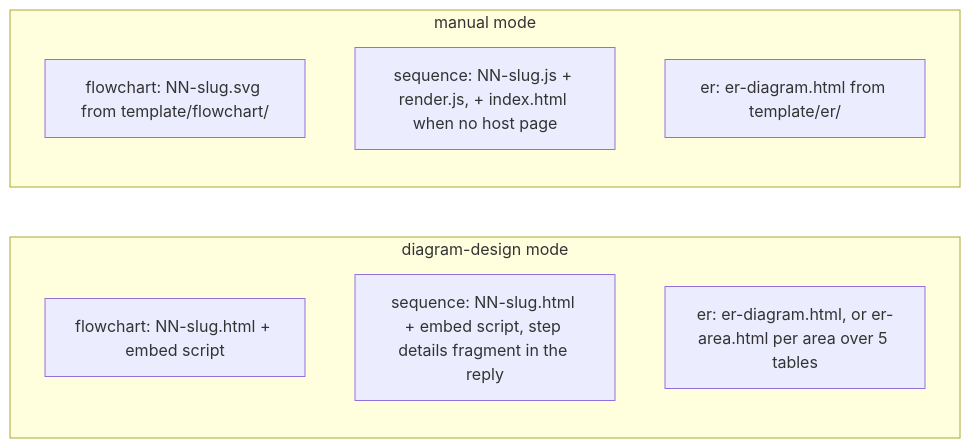
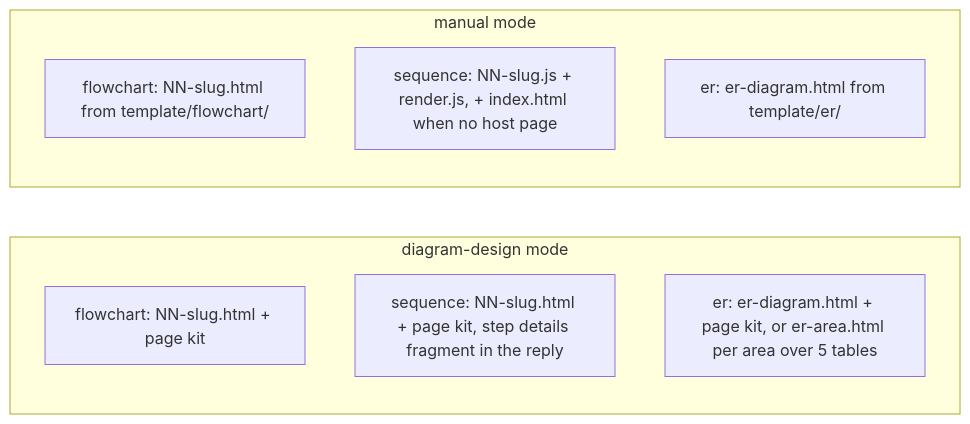
One commit to naphatwx/naphatwx-tools changed the second of 3 diagrams in plugins/naphatwx-tools/skills/generate-diagram/README.md. Above: the diagram before and after it, drawn with Mermaid. The commit also changed other lines of this file and 41 other files, not shown here.

First line of the commit message:
fix(generate-diagram): one Export PDF per diagram, centered labels

````diff
--- a/plugins/naphatwx-tools/skills/generate-diagram/README.md
+++ b/plugins/naphatwx-tools/skills/generate-diagram/README.md
@@ -46,13 +46,13 @@
 ```mermaid
 graph LR
     subgraph DD["diagram-design mode"]
-        D1["flowchart: NN-slug.html + embed script"]
-        D2["sequence: NN-slug.html + embed script, step details fragment in the reply"]
-        D3["er: er-diagram.html, or er-area.html per area over 5 tables"]
+        D1["flowchart: NN-slug.html + page kit"]
+        D2["sequence: NN-slug.html + page kit, step details fragment in the reply"]
+        D3["er: er-diagram.html + page kit, or er-area.html per area over 5 tables"]
     end
     subgraph MAN["manual mode"]
-        M1["flowchart: NN-slug.svg from template/flowchart/"]
+        M1["flowchart: NN-slug.html from template/flowchart/"]
         M2["sequence: NN-slug.js + render.js, + index.html when no host page"]
         M3["er: er-diagram.html from template/er/"]
     end
 ```
````
